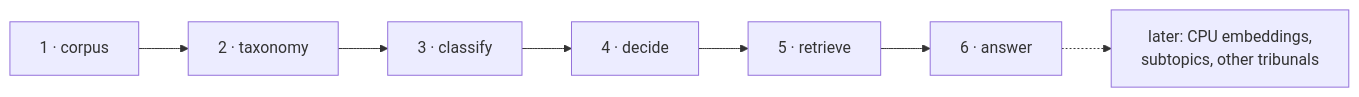
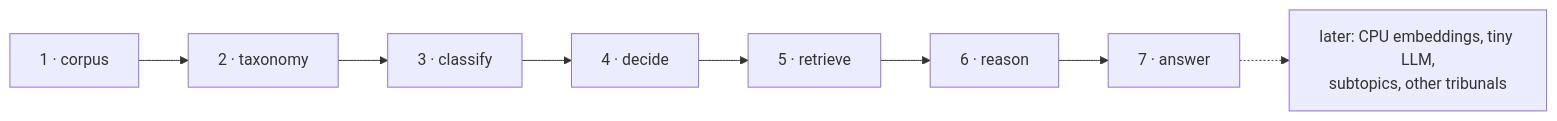
One commit to Falconiere/agavus changed the third of 3 diagrams in README.md. Above: the diagram before and after it, drawn with Mermaid. The commit also changed other lines of this file and 7 other files, not shown here.

First line of the commit message:
design(reason): add verified-chain reasoning and tiny-LLM layer

````diff
--- a/README.md
+++ b/README.md
@@ -104,5 +109,5 @@
 ```mermaid
 flowchart LR
-  C["1 · corpus"] --> T["2 · taxonomy"] --> K["3 · classify"] --> D["4 · decide"] --> R["5 · retrieve"] --> A["6 · answer"]
-  A -.-> NEXT["later: CPU embeddings,<br/>subtopics, other tribunals"]
+  C["1 · corpus"] --> T["2 · taxonomy"] --> K["3 · classify"] --> D["4 · decide"] --> R["5 · retrieve"] --> RE["6 · reason"] --> A["7 · answer"]
+  A -.-> NEXT["later: CPU embeddings, tiny LLM,<br/>subtopics, other tribunals"]
 ```
````
